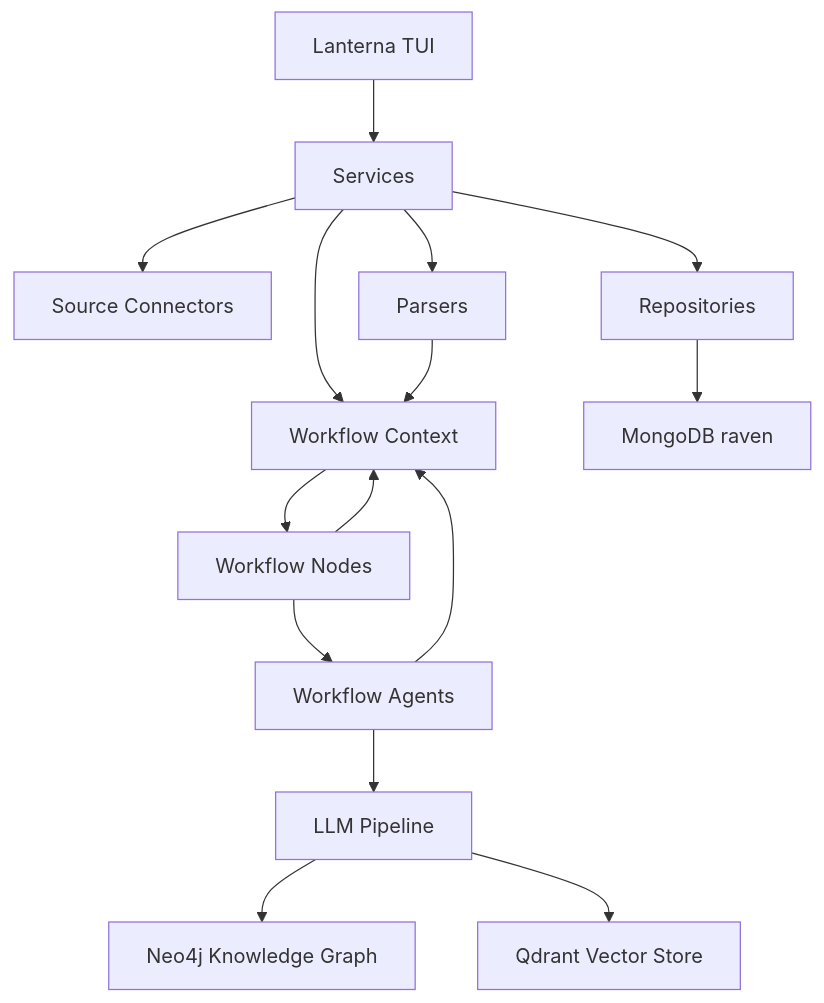
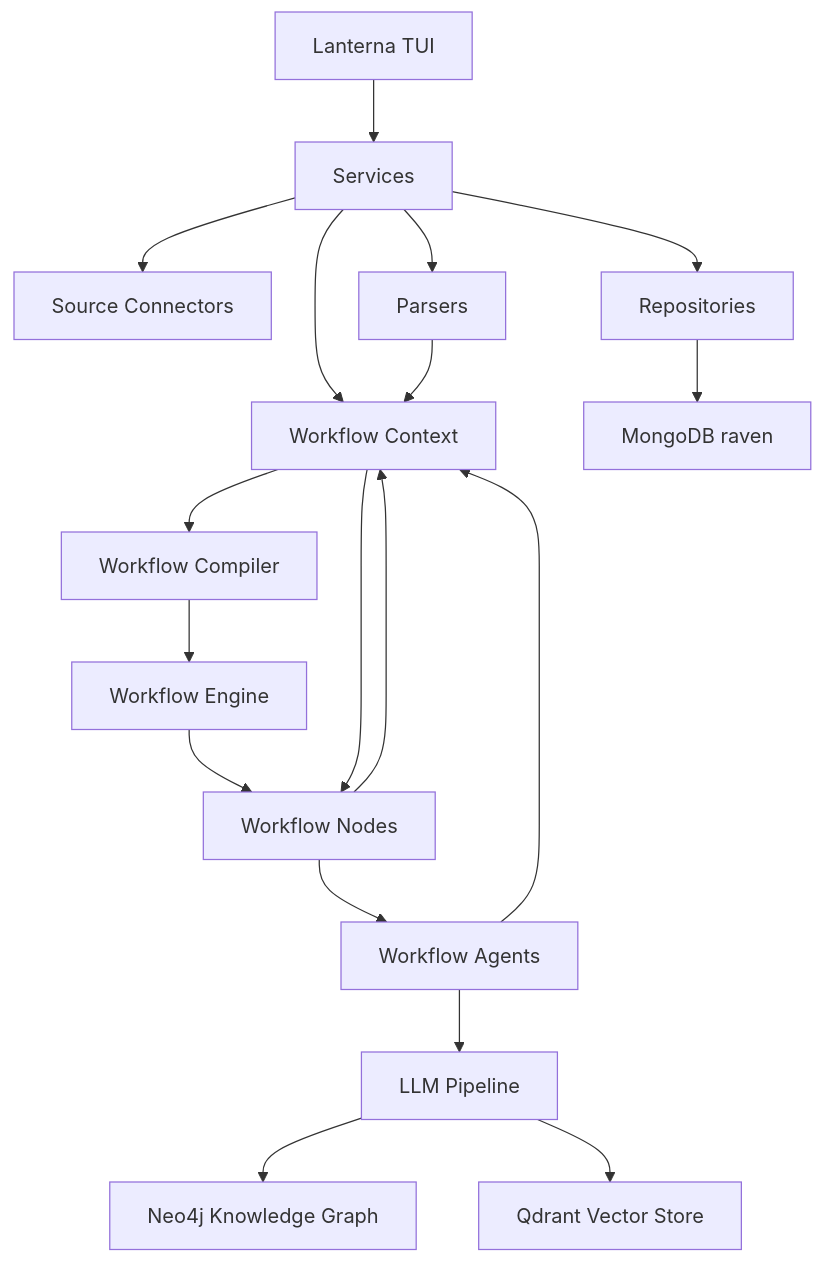
The diagram in docs/technical-architecture.md (maxtarquini/osint), drawn with Mermaid before and after one commit. The commit also changed other lines of this file and 14 other files, not shown here.

````diff
--- a/docs/technical-architecture.md
+++ b/docs/technical-architecture.md
@@ -7,30 +7,35 @@
 ```mermaid
 flowchart TD
     TUI["Lanterna TUI"]
     Services["Services"]
     Connectors["Source Connectors"]
     Parsers["Parsers"]
     Context["Workflow Context"]
     Nodes["Workflow Nodes"]
+    Compiler["Workflow Compiler"]
+    Engine["Workflow Engine"]
     Agents["Workflow Agents"]
     Pipeline["LLM Pipeline"]
     Repositories["Repositories"]
     Mongo["MongoDB raven"]
     Neo4j["Neo4j Knowledge Graph"]
     Qdrant["Qdrant Vector Store"]
 
     TUI --> Services
     Services --> Connectors
     Services --> Parsers
     Services --> Context
     Parsers --> Context
+    Context --> Compiler
+    Compiler --> Engine
+    Engine --> Nodes
     Context --> Nodes
     Nodes --> Context
     Nodes --> Agents
     Agents --> Context
     Agents --> Pipeline
     Services --> Repositories
     Repositories --> Mongo
     Pipeline --> Neo4j
     Pipeline --> Qdrant
 ```
````
